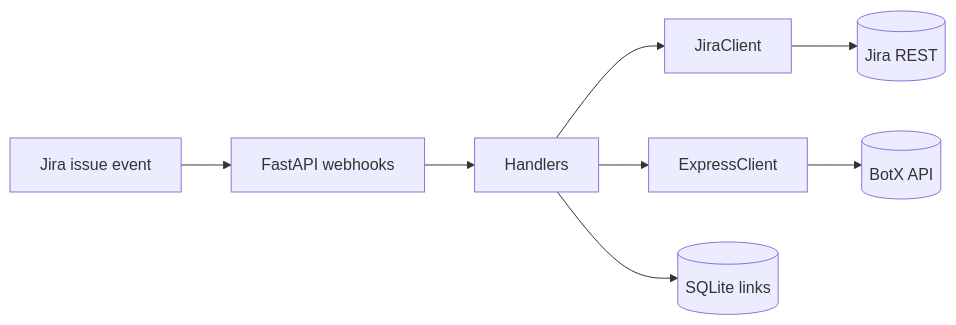
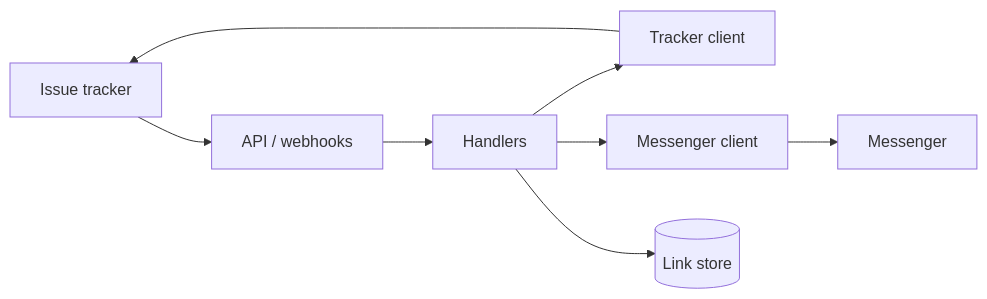
The diagram in cases/02-jira-express-sync.md (artyom-ai-dev/portfolio), drawn with Mermaid before and after one commit. The commit also changed other lines of this file and 4 other files, not shown here.

````diff
--- a/cases/02-jira-express-sync.md
+++ b/cases/02-jira-express-sync.md
@@ -16,10 +16,10 @@
 ```mermaid
 flowchart LR
-  J[Jira issue event] --> API[FastAPI webhooks]
+  T[Issue tracker] --> API[API / webhooks]
   API --> H[Handlers]
-  H --> JC[JiraClient]
-  H --> EC[ExpressClient]
-  H --> DB[(SQLite links)]
-  JC --> Jira[(Jira REST)]
-  EC --> Express[(BotX API)]
+  H --> TC[Tracker client]
+  H --> MC[Messenger client]
+  H --> DB[(Link store)]
+  TC --> T
+  MC --> M[Messenger]
 ```
````
